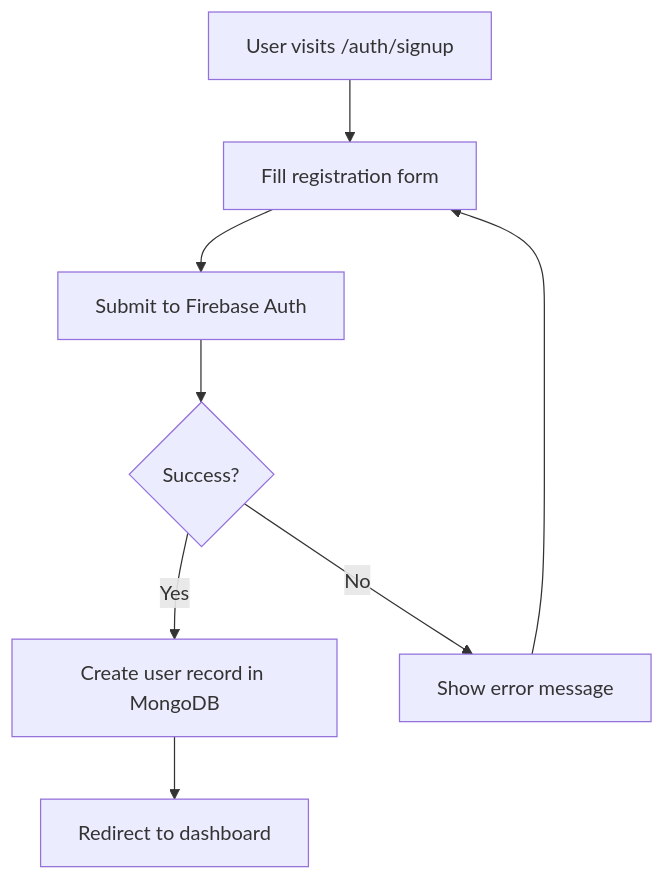
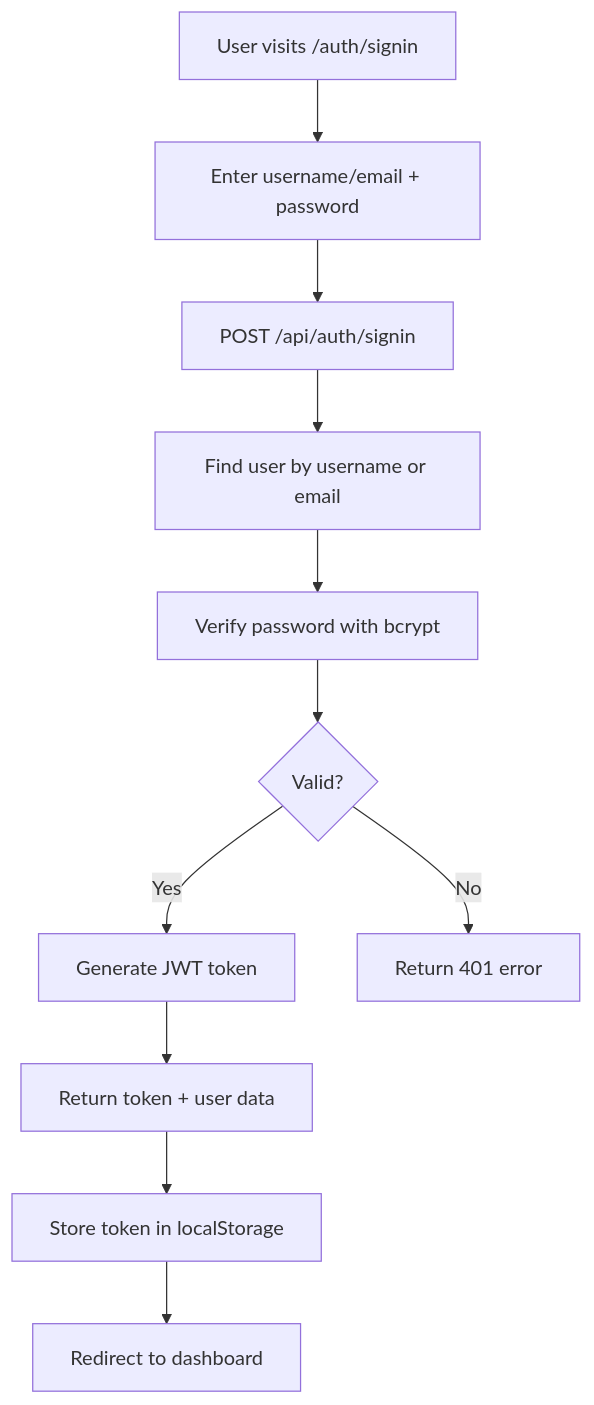
One commit to NoobSambit/ARMYVERSE2 changed the second of 4 diagrams in docs/features/authentication.md. Above: the diagram before and after it, drawn with Mermaid. The commit also changed other lines of this file and 77 other files, not shown here.

````diff
--- a/docs/features/authentication.md
+++ b/docs/features/authentication.md
@@ -54,10 +90,13 @@
 ```mermaid
 graph TD
-    A[User visits /auth/signup] --> B[Fill registration form]
-    B --> C[Submit to Firebase Auth]
-    C --> D{Success?}
-    D -->|Yes| E[Create user record in MongoDB]
-    E --> F[Redirect to dashboard]
-    D -->|No| G[Show error message]
-    G --> B
+    A[User visits /auth/signin] --> B[Enter username/email + password]
+    B --> C[POST /api/auth/signin]
+    C --> D[Find user by username or email]
+    D --> E[Verify password with bcrypt]
+    E --> F{Valid?}
+    F -->|Yes| G[Generate JWT token]
+    G --> H[Return token + user data]
+    H --> I[Store token in localStorage]
+    I --> J[Redirect to dashboard]
+    F -->|No| K[Return 401 error]
 ```
````
